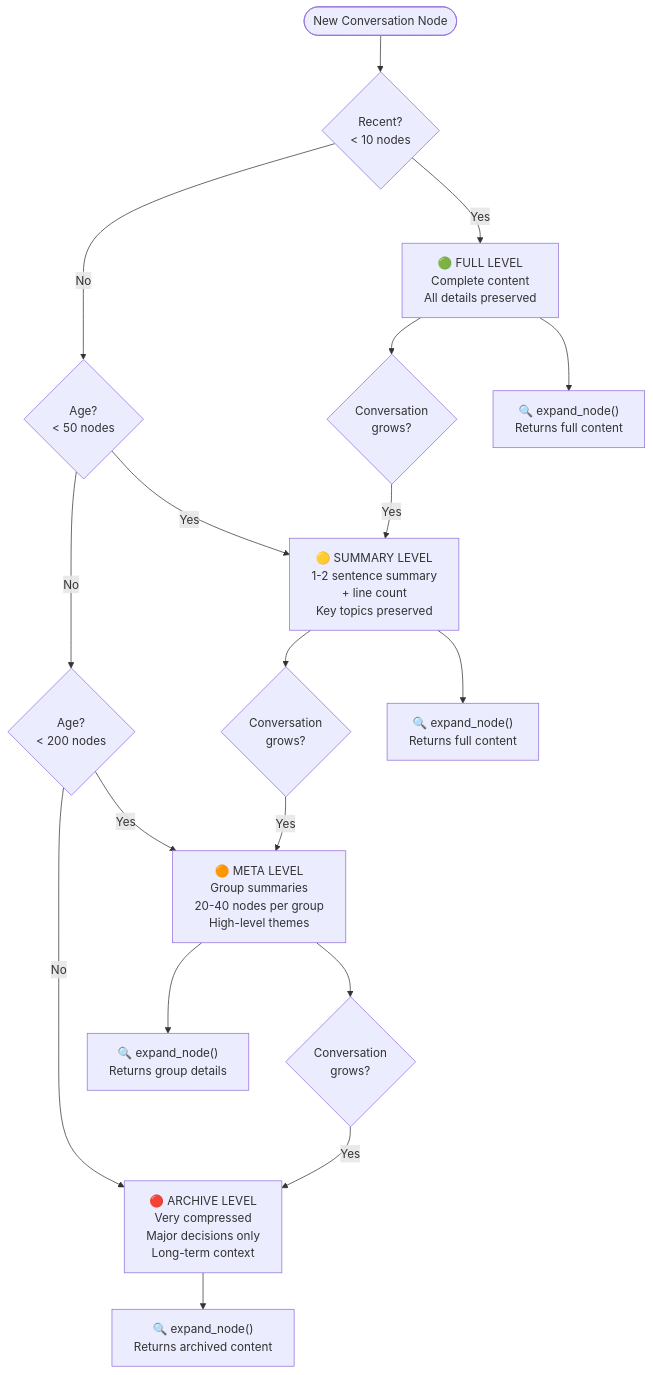
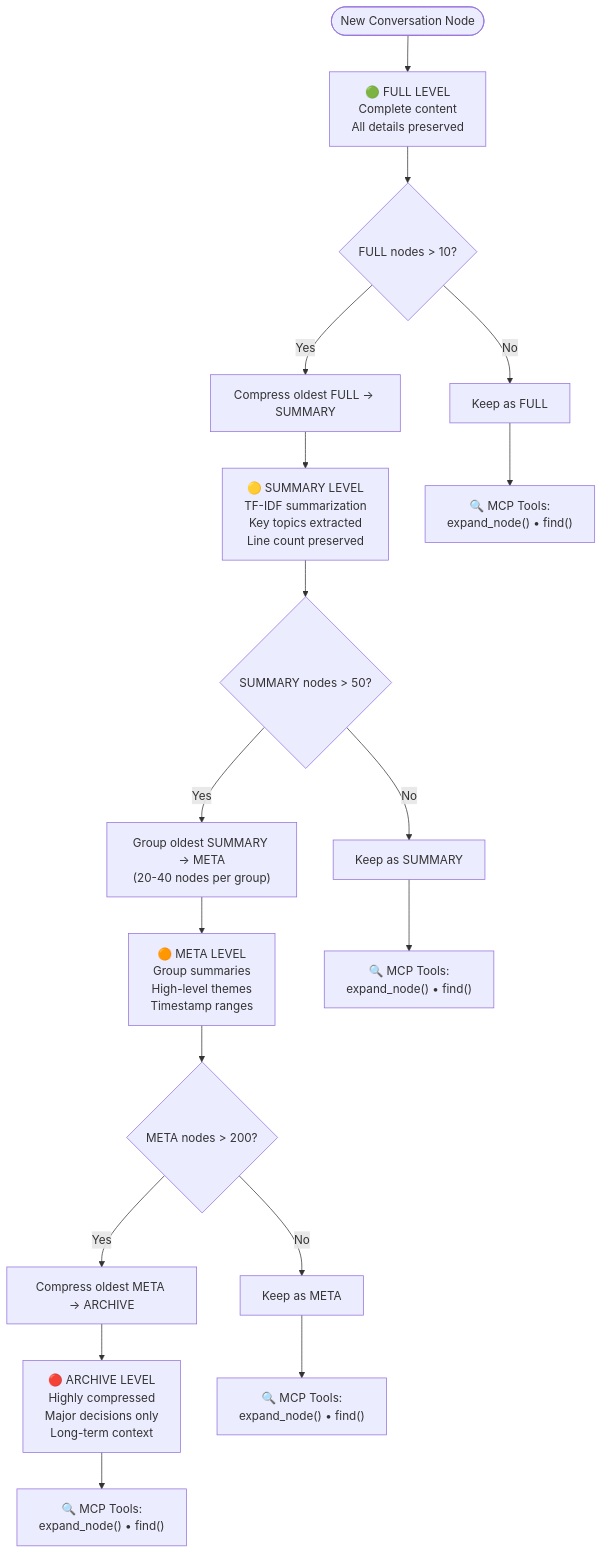
The third of 4 diagrams in README.md (danielpodrazka/hierarchical-memory-middleware), drawn with Mermaid before and after one commit. The commit also changed other lines of this file, not shown here.

````diff
--- a/README.md
+++ b/README.md
@@ -139,26 +146,27 @@
 ```mermaid
 flowchart TD
-    Start([New Conversation Node]) --> Recent{Recent?<br/>< 10 nodes}
+    Start([New Conversation Node]) --> Full["🟢 FULL LEVEL<br/>Complete content<br/>All details preserved"]
 
-    Recent -->|Yes| Full["🟢 FULL LEVEL<br/>Complete content<br/>All details preserved"]
-    Recent -->|No| CheckAge{Age?<br/>< 50 nodes}
+    Full --> CheckFull{"FULL nodes > 10?"}    
+    CheckFull -->|No| KeepFull["Keep as FULL"]
+    CheckFull -->|Yes| CompressFull["Compress oldest FULL → SUMMARY"]
 
-    CheckAge -->|Yes| Summary["🟡 SUMMARY LEVEL<br/>1-2 sentence summary<br/>+ line count<br/>Key topics preserved"]
-    CheckAge -->|No| CheckOlder{Age?<br/>< 200 nodes}
+    CompressFull --> Summary["🟡 SUMMARY LEVEL<br/>TF-IDF summarization<br/>Key topics extracted<br/>Line count preserved"]
 
-    CheckOlder -->|Yes| Meta["🟠 META LEVEL<br/>Group summaries<br/>20-40 nodes per group<br/>High-level themes"]
-    CheckOlder -->|No| Archive["🔴 ARCHIVE LEVEL<br/>Very compressed<br/>Major decisions only<br/>Long-term context"]
+    Summary --> CheckSummary{"SUMMARY nodes > 50?"}    
+    CheckSummary -->|No| KeepSummary["Keep as SUMMARY"]
+    CheckSummary -->|Yes| GroupSummary["Group oldest SUMMARY → META<br/>(20-40 nodes per group)"]
 
-    Full --> Trigger1{"Conversation<br/>grows?"}
-    Summary --> Trigger2{"Conversation<br/>grows?"}
-    Meta --> Trigger3{"Conversation<br/>grows?"}
+    GroupSummary --> Meta["🟠 META LEVEL<br/>Group summaries<br/>High-level themes<br/>Timestamp ranges"]
 
-    Trigger1 -->|Yes| Summary
-    Trigger2 -->|Yes| Meta
-    Trigger3 -->|Yes| Archive
+    Meta --> CheckMeta{"META nodes > 200?"}    
+    CheckMeta -->|No| KeepMeta["Keep as META"]
+    CheckMeta -->|Yes| CompressMeta["Compress oldest META → ARCHIVE"]
 
-    Full --> MCP1["🔍 expand_node()<br/>Returns full content"]
-    Summary --> MCP2["🔍 expand_node()<br/>Returns full content"]
-    Meta --> MCP3["🔍 expand_node()<br/>Returns group details"]
-    Archive --> MCP4["🔍 expand_node()<br/>Returns archived content"]
+    CompressMeta --> Archive["🔴 ARCHIVE LEVEL<br/>Highly compressed<br/>Major decisions only<br/>Long-term context"]
+
+    KeepFull --> MCPFull["🔍 MCP Tools:<br/>expand_node() • find()"]
+    KeepSummary --> MCPSummary["🔍 MCP Tools:<br/>expand_node() • find()"]
+    KeepMeta --> MCPMeta["🔍 MCP Tools:<br/>expand_node() • find()"]
+    Archive --> MCPArchive["🔍 MCP Tools:<br/>expand_node() • find()"]
 ```
````
